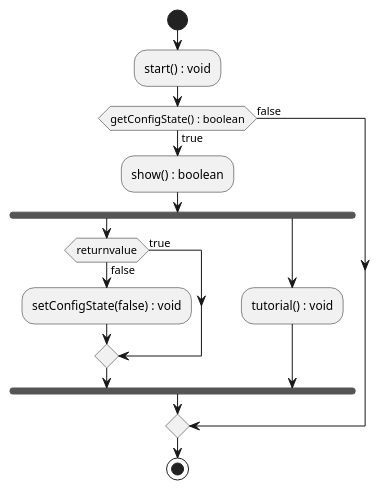
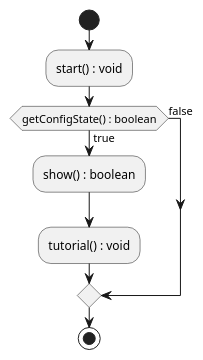
Before and after one commit to weichware-10/dokumente: the diagram in uml-class/sonstige/tutorial.puml, drawn with PlantUML. The commit also changed 20 other files, not shown here.

```diff
--- a/uml-class/sonstige/tutorial.puml
+++ b/uml-class/sonstige/tutorial.puml
@@ -20,17 +20,10 @@
 @startuml new
 start
 :start() : void;
 if (getConfigState() : boolean) then (true)
     :show() : boolean;
-    fork    
-        if (returnvalue) then (false)
-            :setConfigState(false) : void;
-        else (true)
-        endif
-    fork again
-        :tutorial() : void;
-    end fork
+    :tutorial() : void;
 else (false)
 endif
 stop
 @enduml
```
